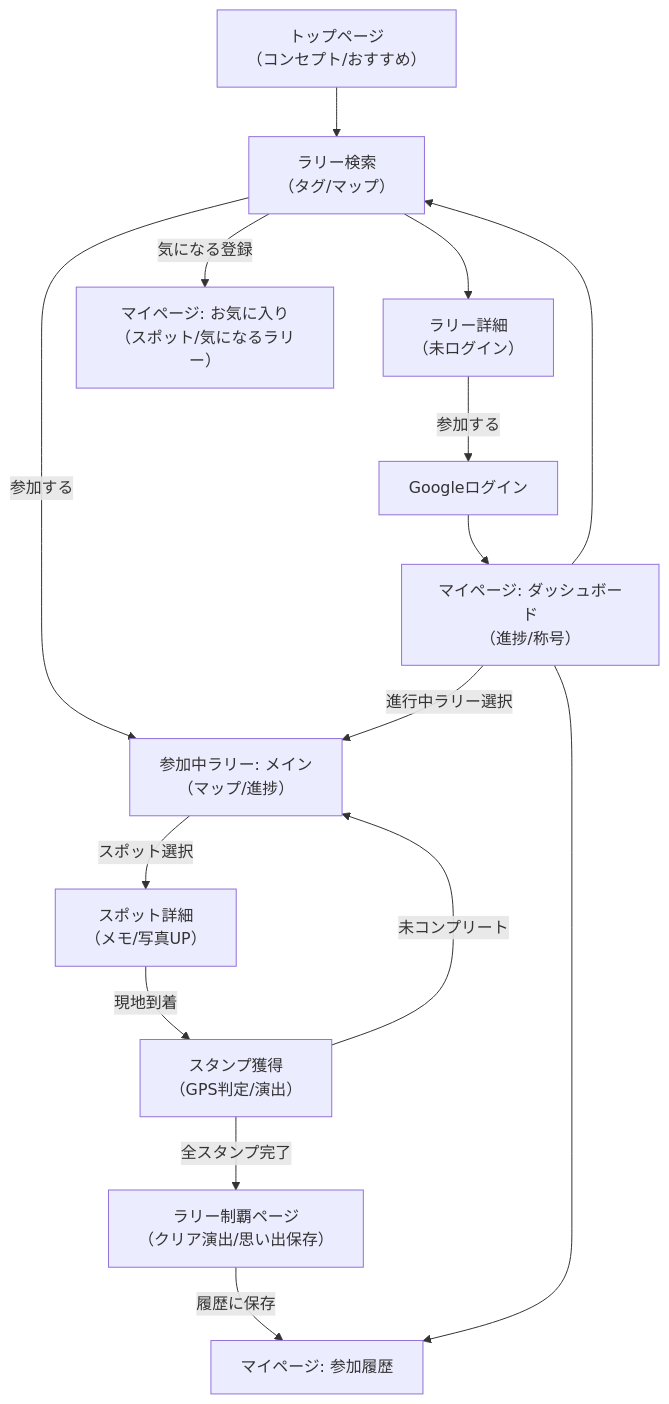
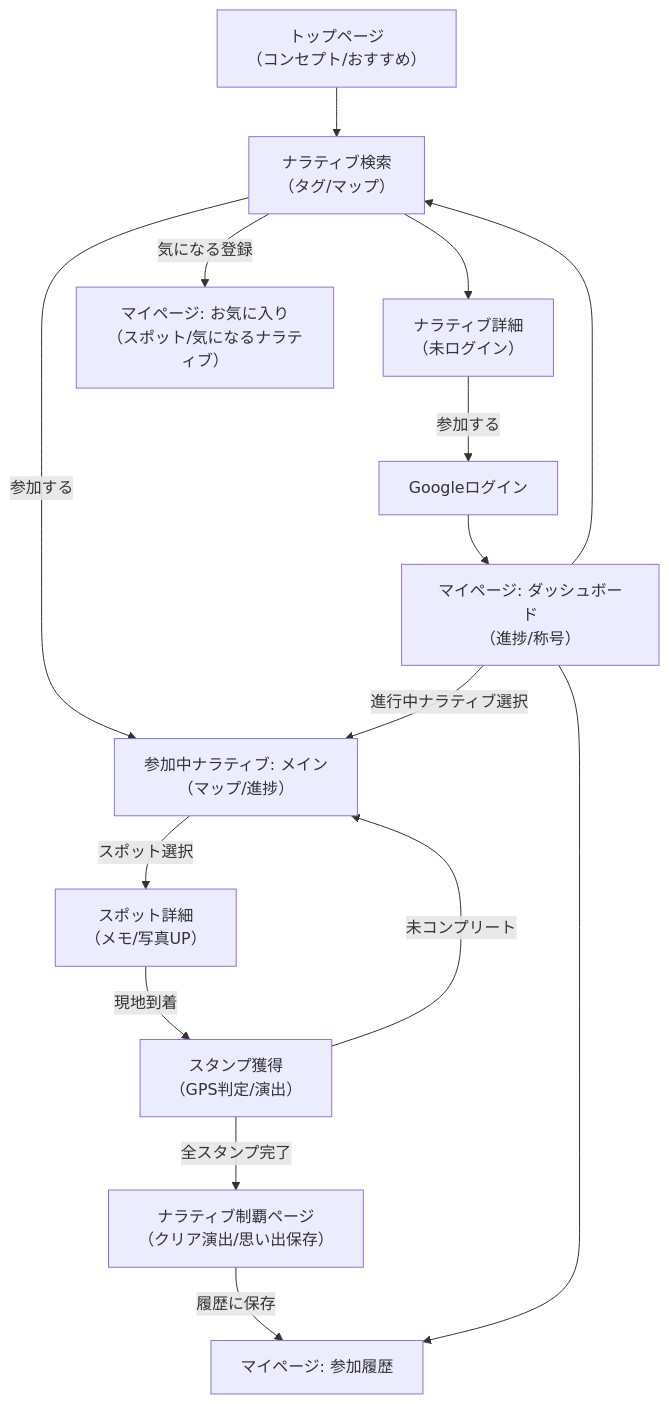
Before and after one commit to HamanoShintaro/stump-event: the second of 3 diagrams in docs/concept_prd.md, drawn with Mermaid. The commit also changed other lines of this file and 174 other files, not shown here.

````diff
--- a/docs/concept_prd.md
+++ b/docs/concept_prd.md
@@ -115,39 +115,39 @@
 ```mermaid
 flowchart TD
     %% 画面ノード
     Top["トップページ<br>（コンセプト/おすすめ）"]
-    Search["ラリー検索<br>（タグ/マップ）"]
-    RallyDetailGuest["ラリー詳細<br>（未ログイン）"]
+    Search["ナラティブ検索<br>（タグ/マップ）"]
+    RallyDetailGuest["ナラティブ詳細<br>（未ログイン）"]
     Auth["Googleログイン"]
     
     MyDash["マイページ: ダッシュボード<br>（進捗/称号）"]
-    MyFav["マイページ: お気に入り<br>（スポット/気になるラリー）"]
+    MyFav["マイページ: お気に入り<br>（スポット/気になるナラティブ）"]
     MyHistory["マイページ: 参加履歴"]
     
-    RallyMain["参加中ラリー: メイン<br>（マップ/進捗）"]
+    RallyMain["参加中ナラティブ: メイン<br>（マップ/進捗）"]
     SpotDetail["スポット詳細<br>（メモ/写真UP）"]
     CheckIn["スタンプ獲得<br>（GPS判定/演出）"]
-    Clear["ラリー制覇ページ<br>（クリア演出/思い出保存）"]
+    Clear["ナラティブ制覇ページ<br>（クリア演出/思い出保存）"]
 
     %% ゲスト遷移
     Top --> Search
     Search --> RallyDetailGuest
     RallyDetailGuest -->|参加する| Auth
     
     %% 会員遷移
     Auth --> MyDash
     MyDash --> Search
     Search -->|気になる登録| MyFav
     Search -->|参加する| RallyMain
     
     %% プレイサイクル
-    MyDash -->|進行中ラリー選択| RallyMain
+    MyDash -->|進行中ナラティブ選択| RallyMain
     RallyMain -->|スポット選択| SpotDetail
     SpotDetail -->|現地到着| CheckIn
     CheckIn -->|未コンプリート| RallyMain
     CheckIn -->|全スタンプ完了| Clear
     
     %% クリア後
     Clear -->|履歴に保存| MyHistory
     MyDash --> MyHistory
 ```
````
